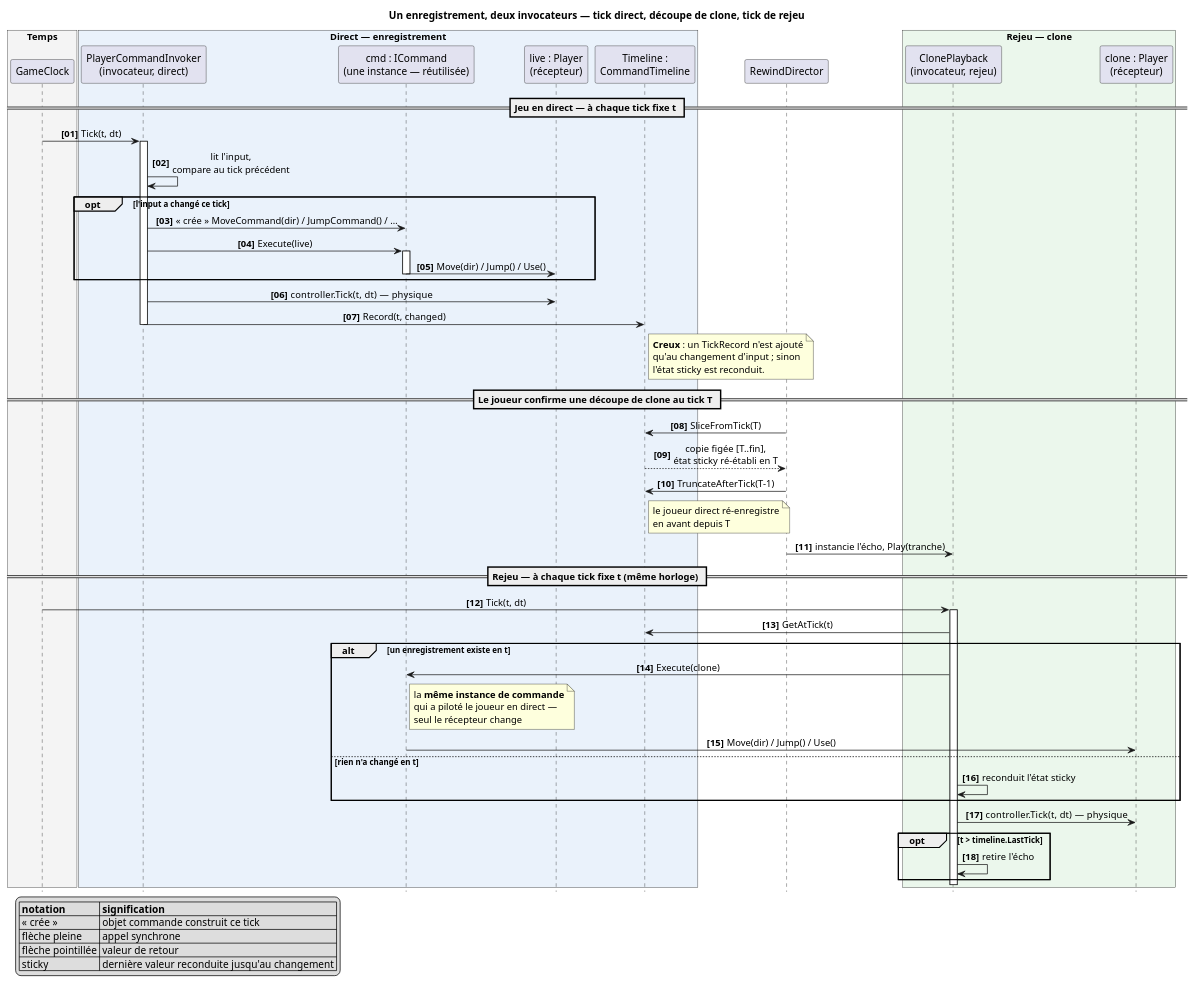
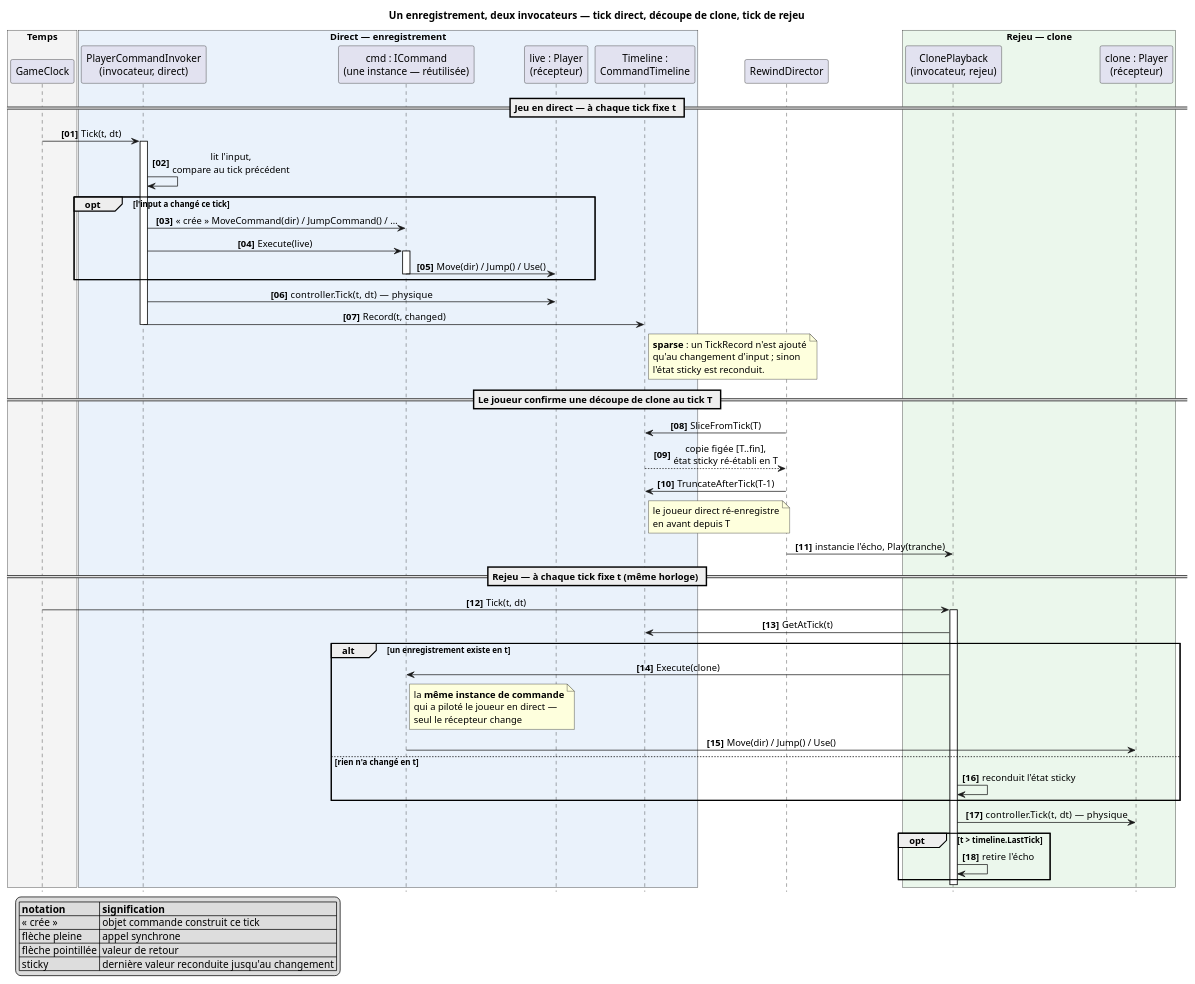
Before and after one commit to Xenogix/PlatformerMCR: the diagram in docs/presentation/command-pattern-sequence.fr.puml, drawn with PlantUML. The commit also changed 1 other file, not shown here.

Commit message:
docs(diagrams): use 'sparse' over 'Creux' in the FR command sequence note

```diff
--- a/docs/presentation/command-pattern-sequence.fr.puml
+++ b/docs/presentation/command-pattern-sequence.fr.puml
@@ -1,77 +1,77 @@
 @startuml command-pattern-sequence-fr
 title Un enregistrement, deux invocateurs — tick direct, découpe de clone, tick de rejeu
 
 skinparam shadowing false
 skinparam defaultFontName sans-serif
 skinparam sequenceMessageAlign center
 hide footbox
 autonumber "<b>[00]"
 
 box "Temps" #F4F4F4
   participant GameClock as clock
 end box
 box "Direct — enregistrement" #EAF2FB
   participant "PlayerCommandInvoker\n(invocateur, direct)" as invoker
   participant "cmd : ICommand\n(une instance — réutilisée)" as cmd
   participant "live : Player\n(récepteur)" as live
   participant "Timeline :\nCommandTimeline" as timeline
 end box
 participant RewindDirector as director
 box "Rejeu — clone" #EBF7EC
   participant "ClonePlayback\n(invocateur, rejeu)" as playback
   participant "clone : Player\n(récepteur)" as clone
 end box
 
 == Jeu en direct — à chaque tick fixe t ==
 clock -> invoker : Tick(t, dt)
 activate invoker
 invoker -> invoker : lit l'input,\ncompare au tick précédent
 opt l'input a changé ce tick
     invoker -> cmd : « crée » MoveCommand(dir) / JumpCommand() / …
     invoker -> cmd : Execute(live)
     activate cmd
     cmd -> live : Move(dir) / Jump() / Use()
     deactivate cmd
 end
 invoker -> live : controller.Tick(t, dt)  — physique
 invoker -> timeline : Record(t, changed)
 note right of timeline
-  **Creux** : un TickRecord n'est ajouté
+  **sparse** : un TickRecord n'est ajouté
   qu'au changement d'input ; sinon
   l'état sticky est reconduit.
 end note
 deactivate invoker
 
 == Le joueur confirme une découpe de clone au tick T ==
 director -> timeline : SliceFromTick(T)
 timeline --> director : copie figée [T..fin],\nétat sticky ré-établi en T
 director -> timeline : TruncateAfterTick(T-1)
 note right of timeline : le joueur direct ré-enregistre\nen avant depuis T
 director -> playback : instancie l'écho, Play(tranche)
 
 == Rejeu — à chaque tick fixe t (même horloge) ==
 clock -> playback : Tick(t, dt)
 activate playback
 playback -> timeline : GetAtTick(t)
 alt un enregistrement existe en t
     playback -> cmd : Execute(clone)
     note right of cmd : la **même instance de commande**\nqui a piloté le joueur en direct —\nseul le récepteur change
     cmd -> clone : Move(dir) / Jump() / Use()
 else rien n'a changé en t
     playback -> playback : reconduit l'état sticky
 end
 playback -> clone : controller.Tick(t, dt)  — physique
 opt t > timeline.LastTick
     playback -> playback : retire l'écho
 end
 deactivate playback
 
 legend left
   |= notation |= signification |
   | « crée » | objet commande construit ce tick |
   | flèche pleine | appel synchrone |
   | flèche pointillée | valeur de retour |
   | sticky | dernière valeur reconduite jusqu'au changement |
 endlegend
 
 @enduml
```
